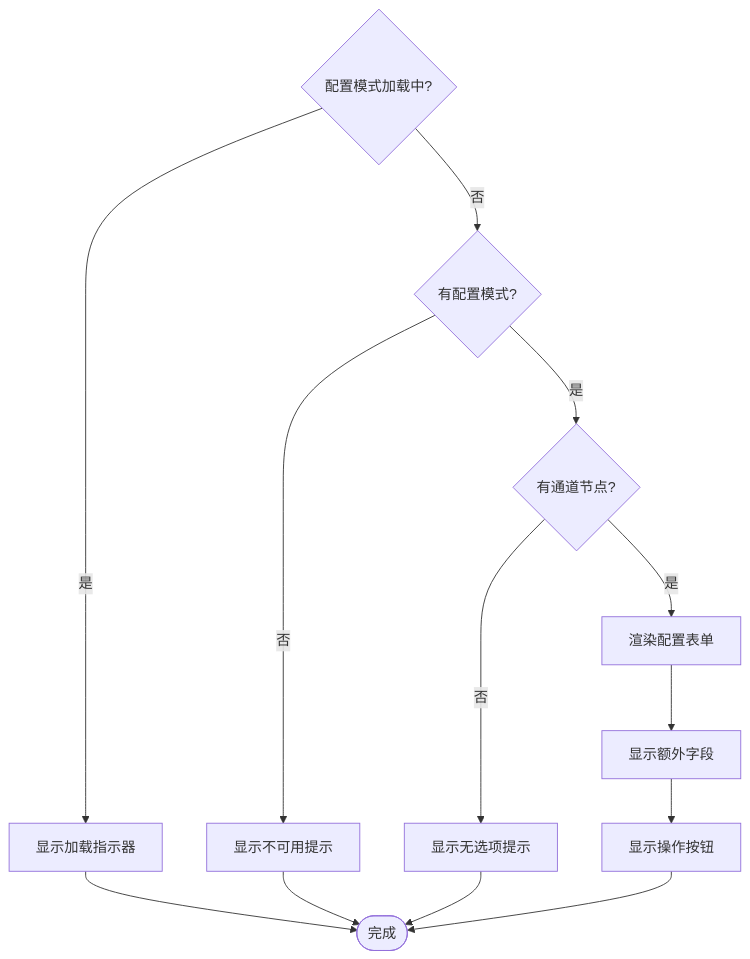
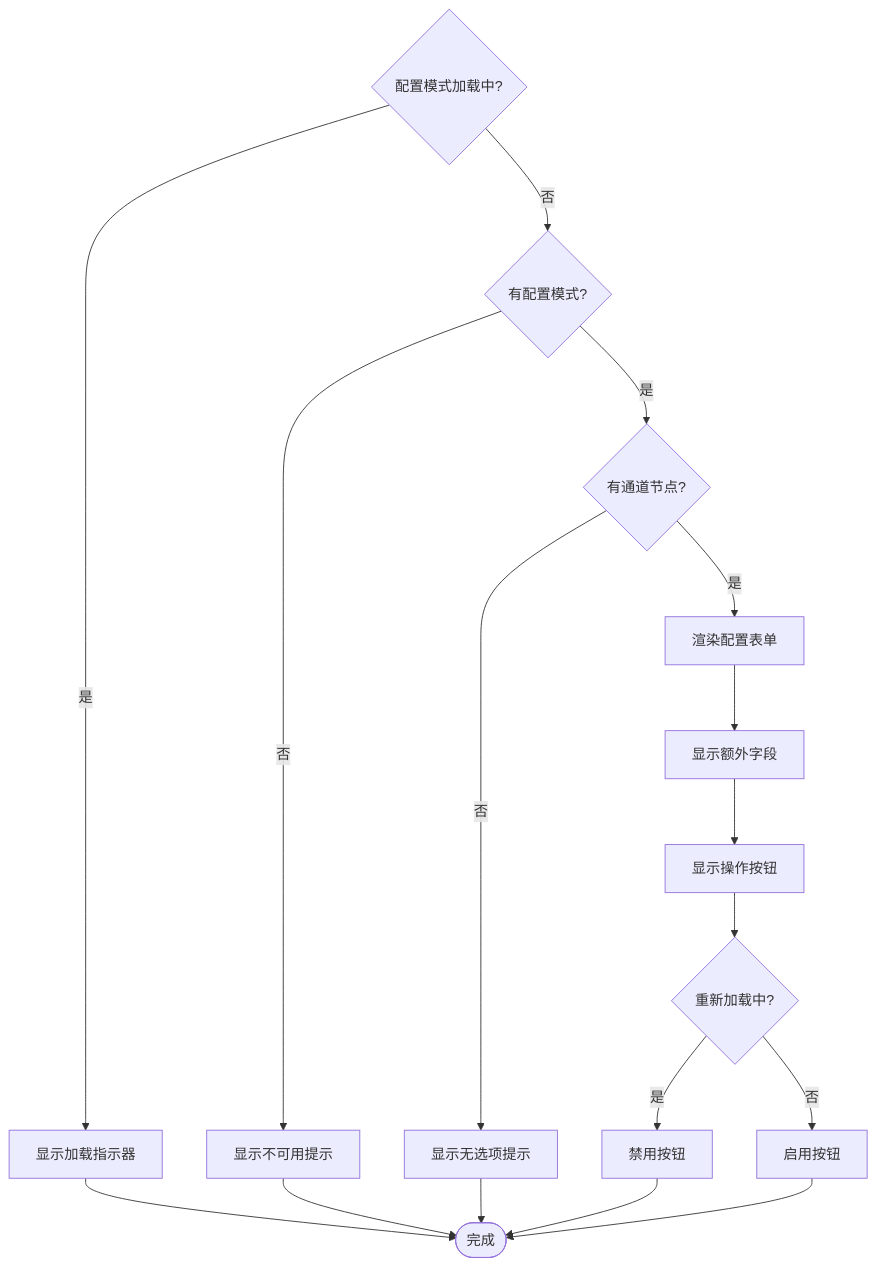
Before and after one commit to verse-ai-org/openclaw: the fifth of 8 diagrams in .qoder/repowiki/zh/content/Web界面/UI组件系统/绑定通道配置表单.md, drawn with Mermaid. The commit also changed other lines of this file and 86 other files, not shown here.

````diff
--- a/.qoder/repowiki/zh/content/Web界面/UI组件系统/绑定通道配置表单.md
+++ b/.qoder/repowiki/zh/content/Web界面/UI组件系统/绑定通道配置表单.md
@@ -234,15 +248,19 @@
 ```mermaid
 flowchart TD
 SchemaLoading{配置模式加载中?} --> |是| ShowLoading[显示加载指示器]
 SchemaLoading --> |否| HasSchema{有配置模式?}
 HasSchema --> |否| ShowUnavailable[显示不可用提示]
 HasSchema --> |是| HasChannelNode{有通道节点?}
 HasChannelNode --> |否| ShowNoOptions[显示无选项提示]
 HasChannelNode --> |是| RenderForm[渲染配置表单]
 RenderForm --> ShowExtraFields[显示额外字段]
 ShowExtraFields --> ShowButtons[显示操作按钮]
-ShowButtons --> End([完成])
+ShowButtons --> CheckReloading{重新加载中?}
+CheckReloading --> |是| DisableButtons[禁用按钮]
+CheckReloading --> |否| EnableButtons[启用按钮]
+DisableButtons --> End([完成])
+EnableButtons --> End
 ShowLoading --> End
 ShowUnavailable --> End
 ShowNoOptions --> End
 ```
````
